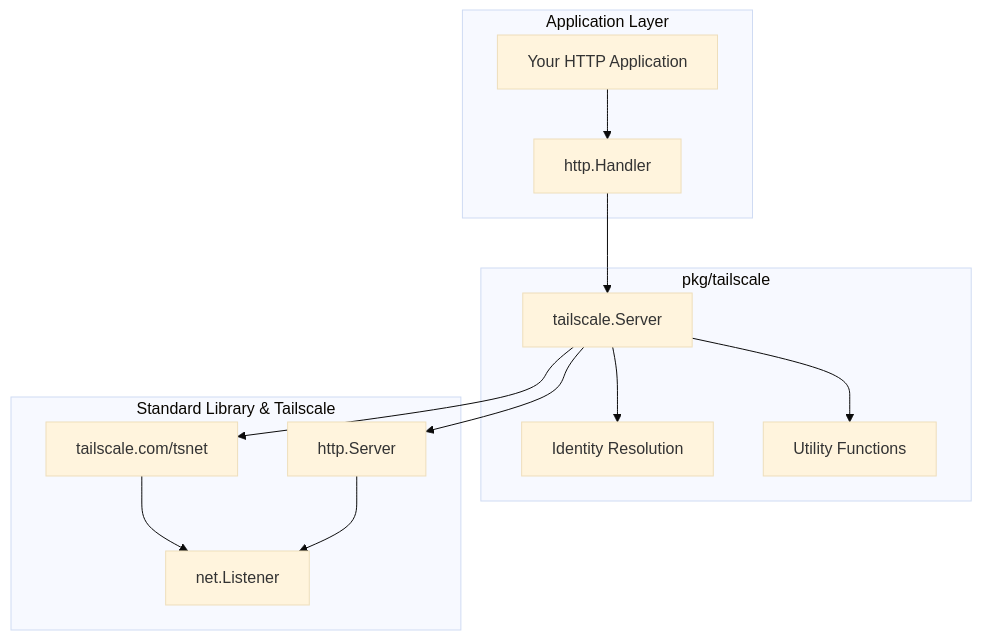
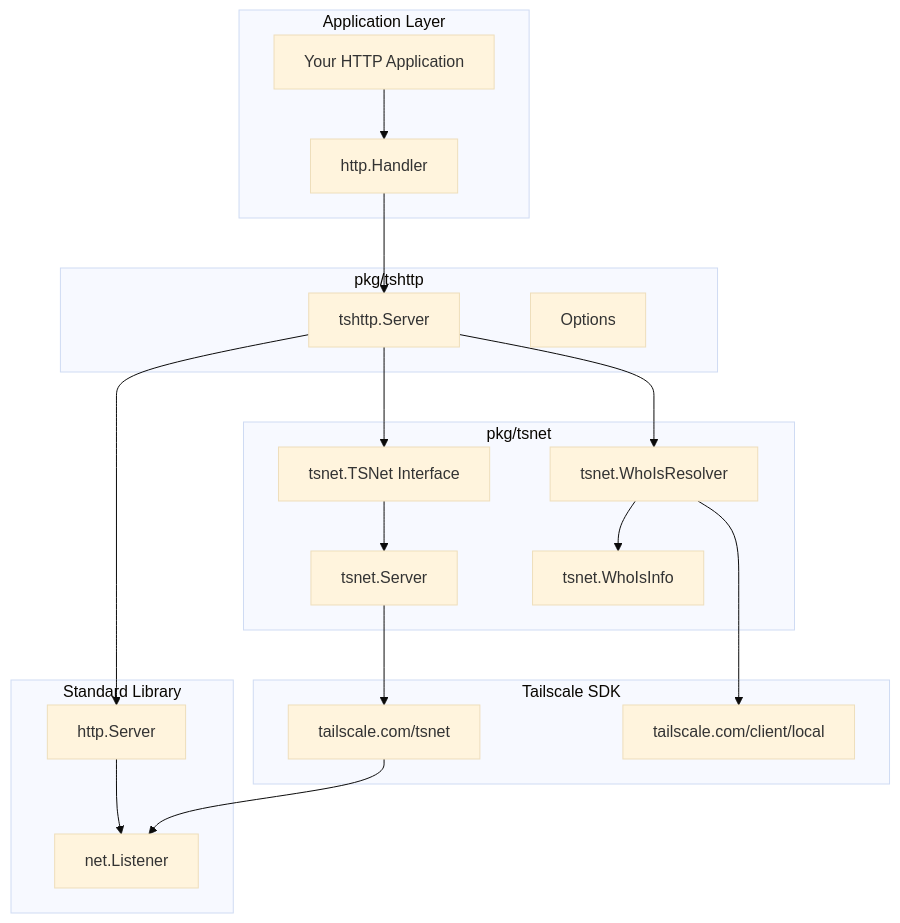
The diagram in docs/reference/developer/tailscale-server.md (SpechtLabs/tka), drawn with Mermaid (base theme) before and after one commit. The commit also changed other lines of this file and 26 other files, not shown here.

````diff
--- a/docs/reference/developer/tailscale-server.md
+++ b/docs/reference/developer/tailscale-server.md
@@ -24,26 +16,37 @@
 ```mermaid
 graph TB
     subgraph "Application Layer"
         App[Your HTTP Application]
         Handler[http.Handler]
     end
-    subgraph "pkg/tailscale"
-        TSServer[tailscale.Server]
-        Identity[Identity Resolution]
-        Utils[Utility Functions]
+    subgraph "pkg/tshttp"
+        TSHTTPServer[tshttp.Server]
+        TSHTTPOptions[Options]
     end
-    subgraph "Standard Library & Tailscale"
+    subgraph "pkg/tsnet"
+        TSNet[tsnet.TSNet Interface]
+        WhoIs[tsnet.WhoIsResolver]
+        WhoIsInfo[tsnet.WhoIsInfo]
+        TSNetServer[tsnet.Server]
+    end
+    subgraph "Tailscale SDK"
+        TSNetPkg[tailscale.com/tsnet]
+        LocalClient[tailscale.com/client/local]
+    end
+    subgraph "Standard Library"
         HTTPServer[http.Server]
-        TSNet[tailscale.com/tsnet]
         NetListener[net.Listener]
     end
 
     App --> Handler
-    Handler --> TSServer
-    TSServer --> HTTPServer
-    TSServer --> Identity
-    TSServer --> Utils
-    TSServer --> TSNet
-    TSNet --> NetListener
+    Handler --> TSHTTPServer
+    TSHTTPServer --> HTTPServer
+    TSHTTPServer --> TSNet
+    TSHTTPServer --> WhoIs
+    TSNet --> TSNetServer
+    TSNetServer --> TSNetPkg
+    WhoIs --> WhoIsInfo
+    WhoIs --> LocalClient
+    TSNetPkg --> NetListener
     HTTPServer --> NetListener
 ```
````
